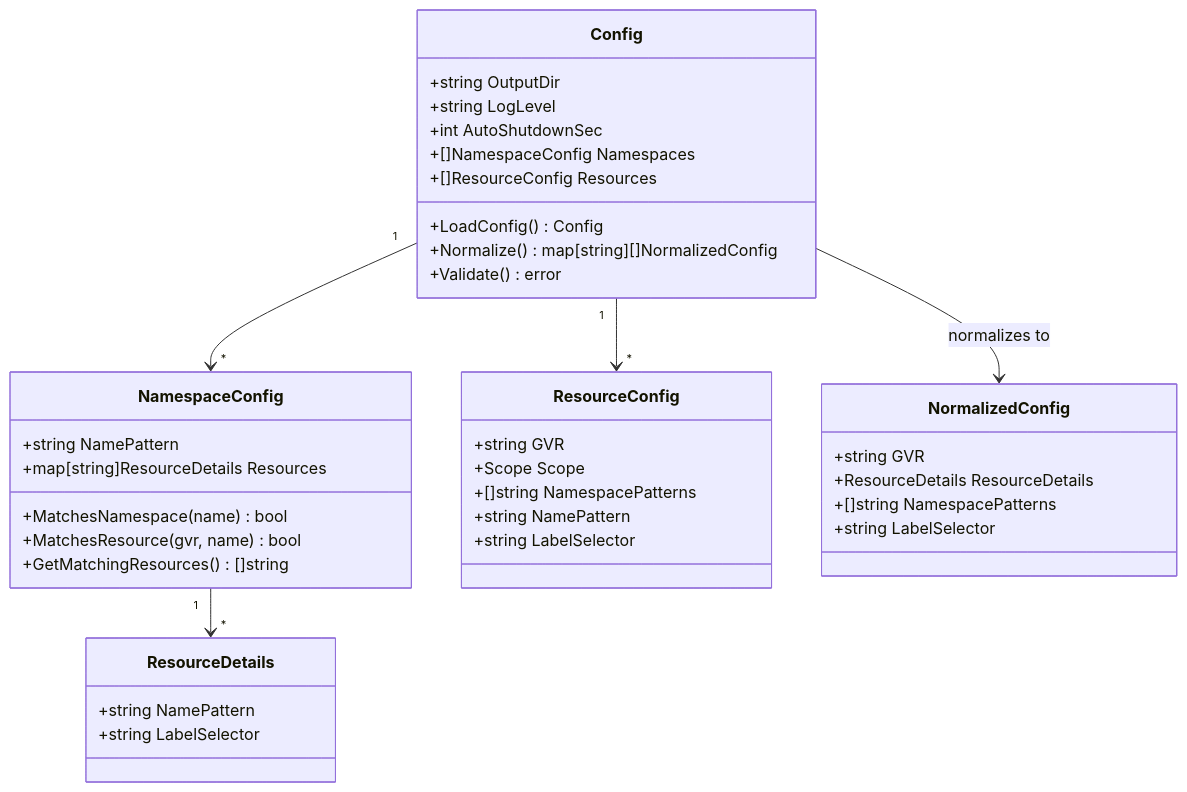
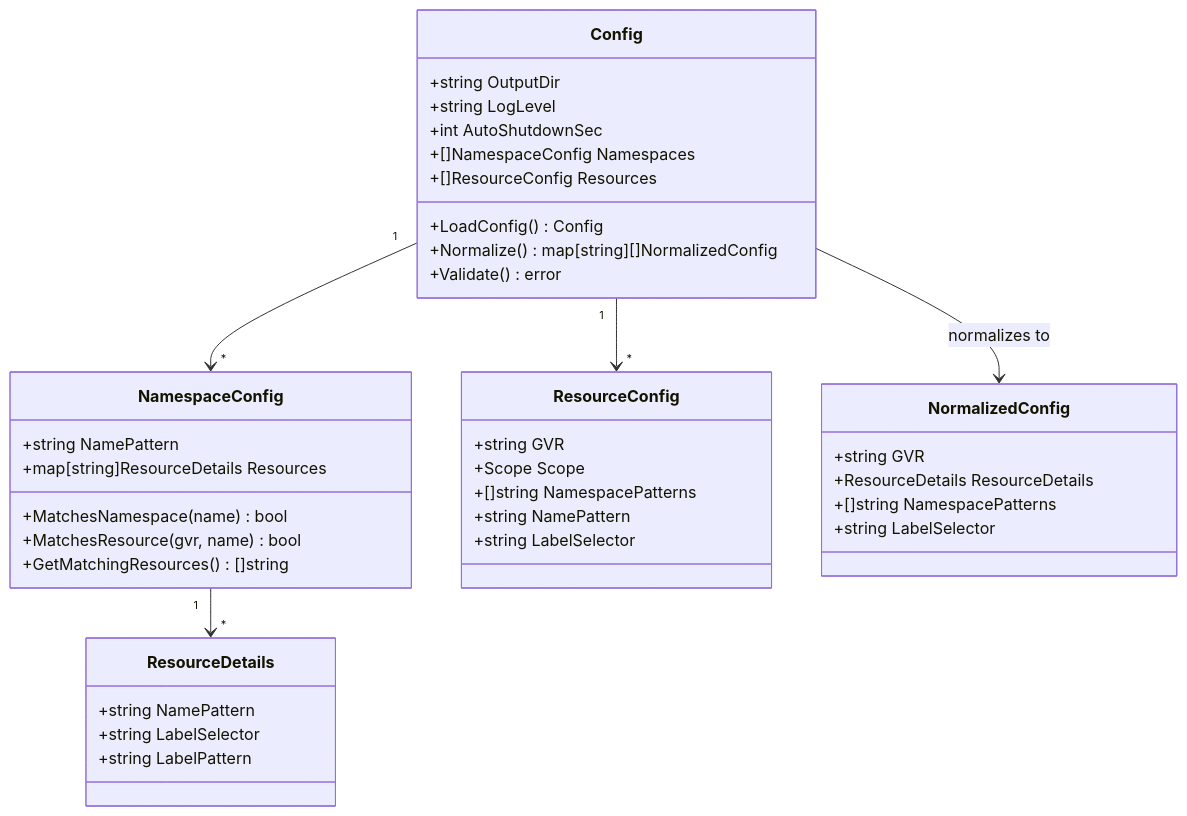
One commit to T0MASD/faro changed the third of 3 diagrams in docs/components/config.md. Above: the diagram before and after it, drawn with Mermaid. The commit also changed other lines of this file and 2 other files, not shown here.

Commit message:
Docs changes related to label pattern feature

````diff
--- a/docs/components/config.md
+++ b/docs/components/config.md
@@ -99,46 +108,47 @@
 ```mermaid
 classDiagram
     class Config {
         +string OutputDir
         +string LogLevel
         +int AutoShutdownSec
         +[]NamespaceConfig Namespaces
         +[]ResourceConfig Resources
         +LoadConfig() Config
         +Normalize() map[string][]NormalizedConfig
         +Validate() error
     }
     
     class NamespaceConfig {
         +string NamePattern
         +map[string]ResourceDetails Resources
         +MatchesNamespace(name) bool
         +MatchesResource(gvr, name) bool
         +GetMatchingResources() []string
     }
     
     class ResourceConfig {
         +string GVR
         +Scope Scope
         +[]string NamespacePatterns
         +string NamePattern
         +string LabelSelector
     }
     
     class ResourceDetails {
         +string NamePattern
         +string LabelSelector
+        +string LabelPattern
     }
     
     class NormalizedConfig {
         +string GVR
         +ResourceDetails ResourceDetails
         +[]string NamespacePatterns
         +string LabelSelector
     }
     
     Config "1" --> "*" NamespaceConfig
     Config "1" --> "*" ResourceConfig
     NamespaceConfig "1" --> "*" ResourceDetails
     Config --> NormalizedConfig : normalizes to
 ```
````
